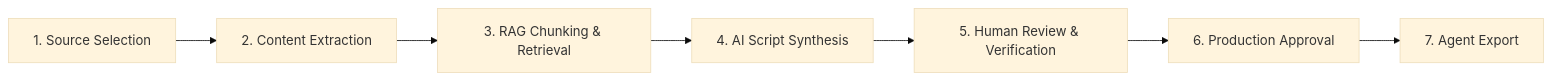
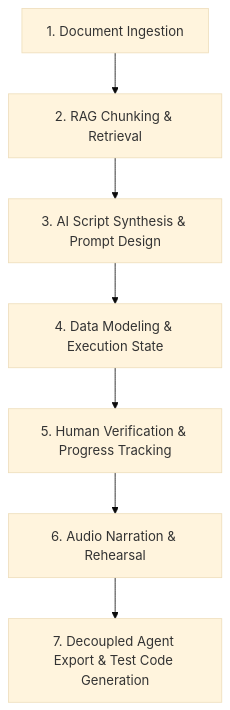
One commit to princi-2306/demo-script-generation changed the diagram in Decision.md. Above: the diagram before and after it, drawn with Mermaid (base theme). The commit also changed other lines of this file, not shown here.

````diff
--- a/Decision.md
+++ b/Decision.md
@@ -9,9 +7,9 @@
 ```mermaid
-flowchart LR
-    A["1. Source Selection"] --> B["2. Content Extraction"]
-    B --> C["3. RAG Chunking & Retrieval"]
-    C --> D["4. AI Script Synthesis"]
-    D --> E["5. Human Review & Verification"]
-    E --> F["6. Production Approval"]
-    F --> G["7. Agent Export"]
+flowchart TD
+    Q1["1. Document Ingestion"] --> Q2["2. RAG Chunking & Retrieval"]
+    Q2 --> Q3["3. AI Script Synthesis & Prompt Design"]
+    Q3 --> Q4["4. Data Modeling & Execution State"]
+    Q4 --> Q5["5. Human Verification & Progress Tracking"]
+    Q5 --> Q6["6. Audio Narration & Rehearsal"]
+    Q6 --> Q7["7. Decoupled Agent Export & Test Code Generation"]
 ```
````
